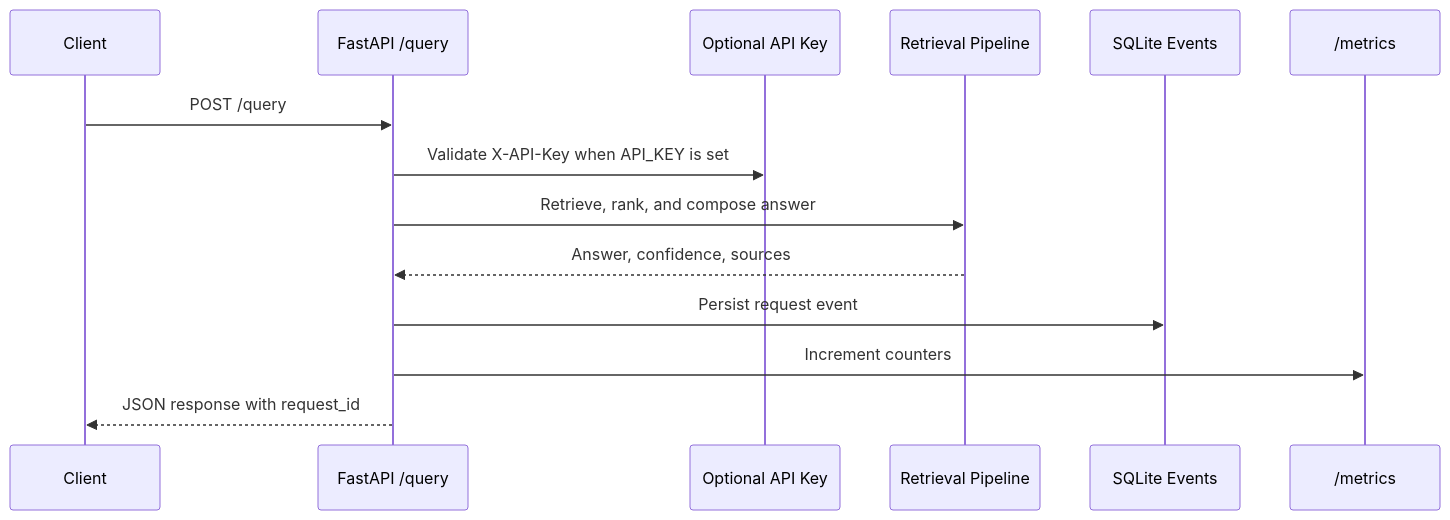
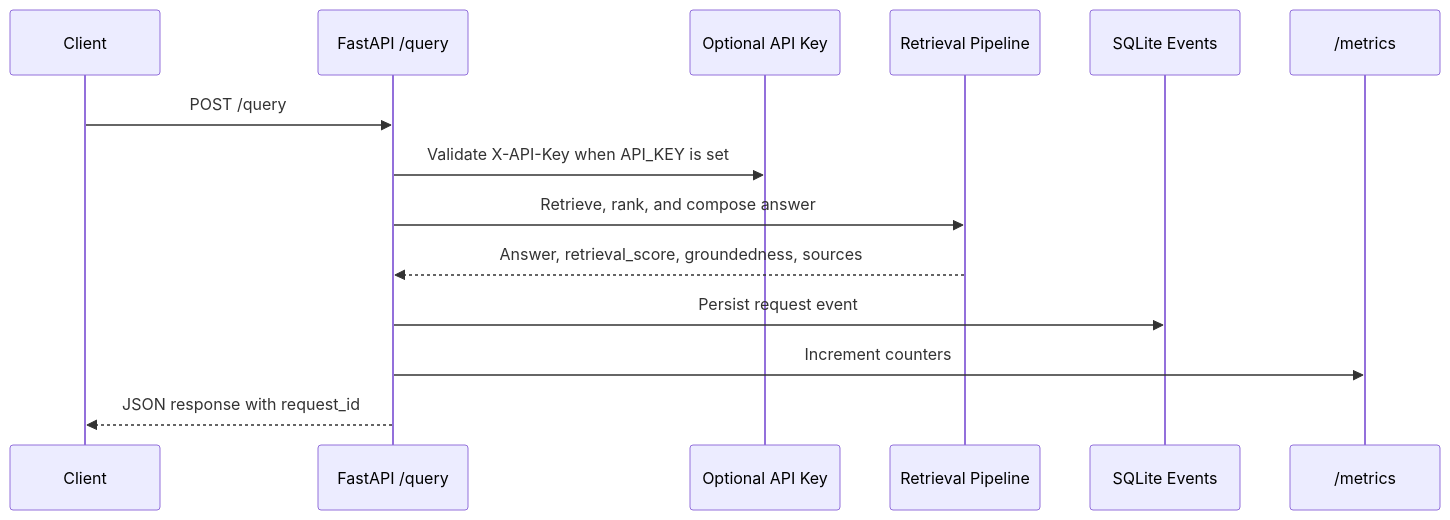
The first of 6 diagrams in docs/API_FLOWS.md (Adityansh-Chand/ai-engineering-portfolio), drawn with Mermaid before and after one commit. The commit also changed 6 other files, not shown here.

````diff
--- a/docs/API_FLOWS.md
+++ b/docs/API_FLOWS.md
@@ -12,17 +12,17 @@
 ```mermaid
 sequenceDiagram
   participant C as Client
   participant API as FastAPI /query
   participant Auth as Optional API Key
   participant Search as Retrieval Pipeline
   participant Store as SQLite Events
   participant Metrics as /metrics
 
   C->>API: POST /query
   API->>Auth: Validate X-API-Key when API_KEY is set
   API->>Search: Retrieve, rank, and compose answer
-  Search-->>API: Answer, confidence, sources
+  Search-->>API: Answer, retrieval_score, groundedness, sources
   API->>Store: Persist request event
   API->>Metrics: Increment counters
   API-->>C: JSON response with request_id
 ```
````
